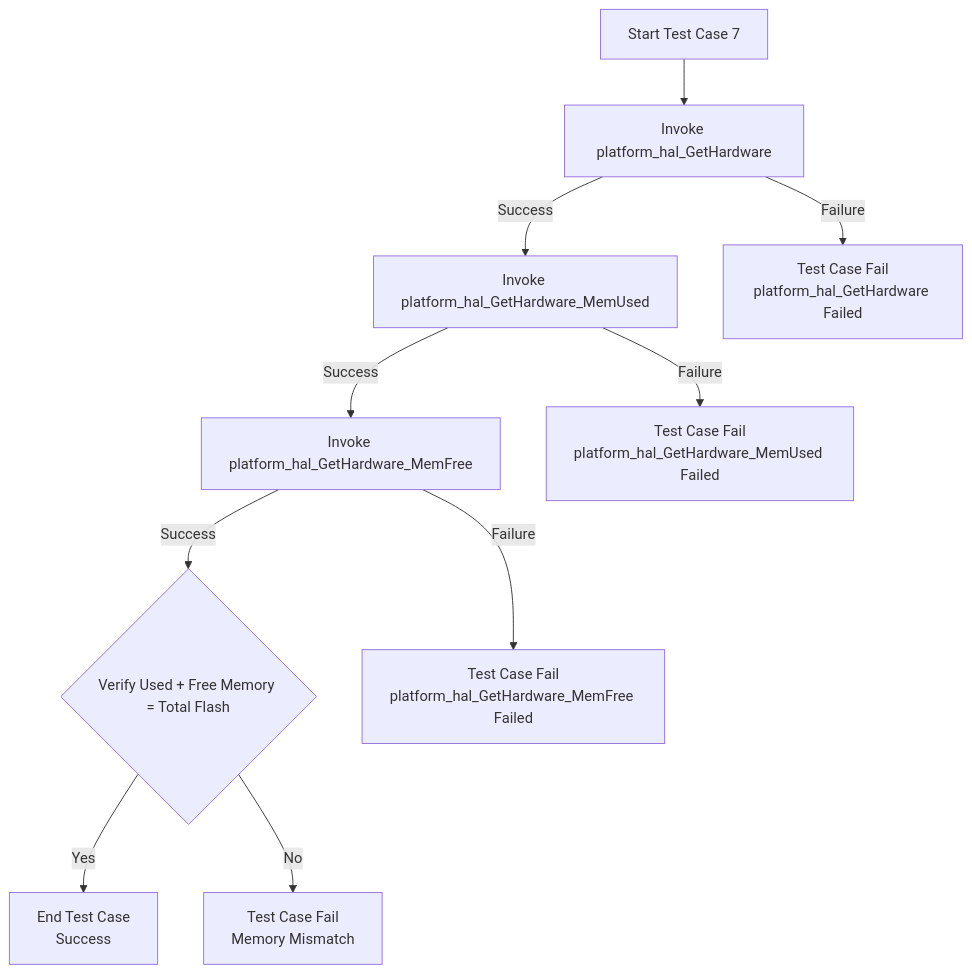
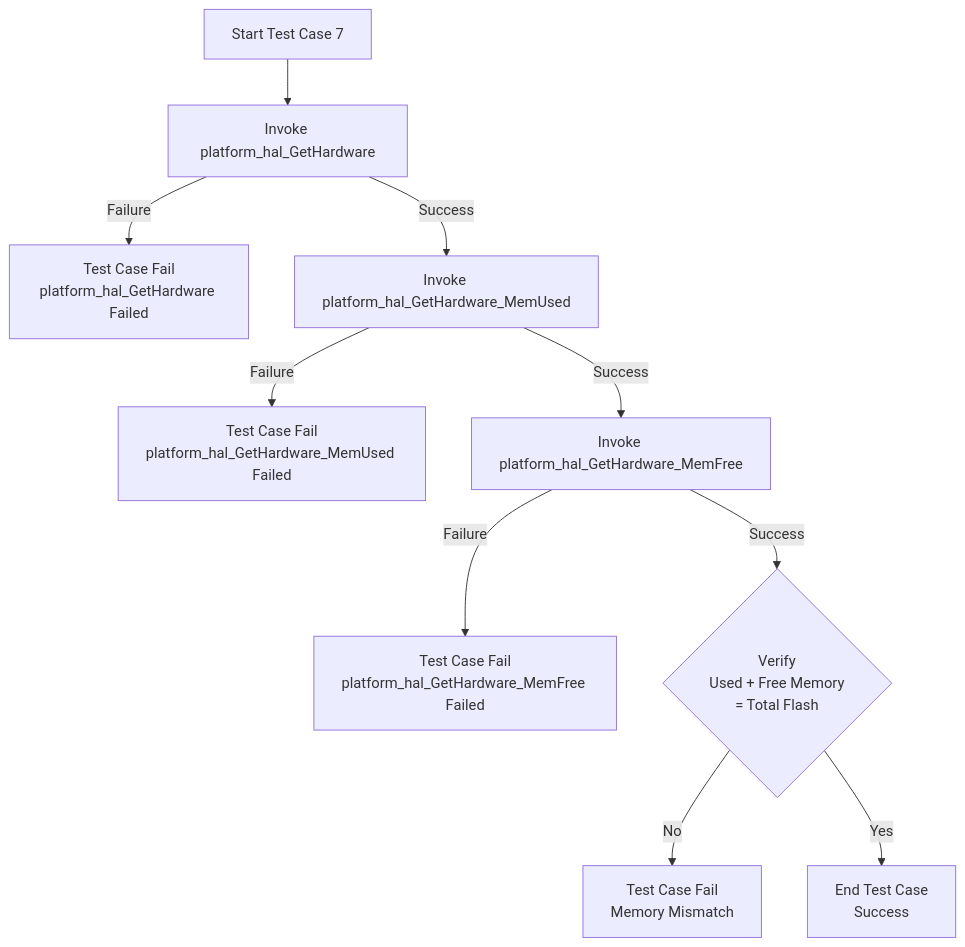
Before and after one commit to rdkcentral/rdkb-halif-test-platform: the seventh of 14 diagrams in docs/pages/platform_hal_mermaid.md, drawn with Mermaid. The commit also changed other lines of this file, not shown here.

Commit message:
Develop platform hal L2 test suite Modified the mermaid file for L2 testcases

````diff
--- a/docs/pages/platform_hal_mermaid.md
+++ b/docs/pages/platform_hal_mermaid.md
@@ -93,12 +93,12 @@
 ```mermaid
 flowchart TD
     A[Start Test Case 7] --> B[Invoke platform_hal_GetHardware]
+    B -->|Failure| X[Test Case Fail<br>platform_hal_GetHardware Failed]
     B -->|Success| C[Invoke platform_hal_GetHardware_MemUsed]
-    B -->|Failure| X[Test Case Fail<br>platform_hal_GetHardware Failed]
+    C -->|Failure| Y[Test Case Fail<br>platform_hal_GetHardware_MemUsed Failed]
     C -->|Success| D[Invoke platform_hal_GetHardware_MemFree]
-    C -->|Failure| Y[Test Case Fail<br>platform_hal_GetHardware_MemUsed Failed]
-    D -->|Success| E{Verify Used + Free Memory = Total Flash}
     D -->|Failure| Z[Test Case Fail<br>platform_hal_GetHardware_MemFree Failed]
+    D -->|Success| E{Verify <br> Used + Free Memory <br>= Total Flash}
+    E -->|No| G[Test Case Fail<br>Memory Mismatch]
     E -->|Yes| F[End Test Case<br>Success]
-    E -->|No| G[Test Case Fail<br>Memory Mismatch]
 ```
````
